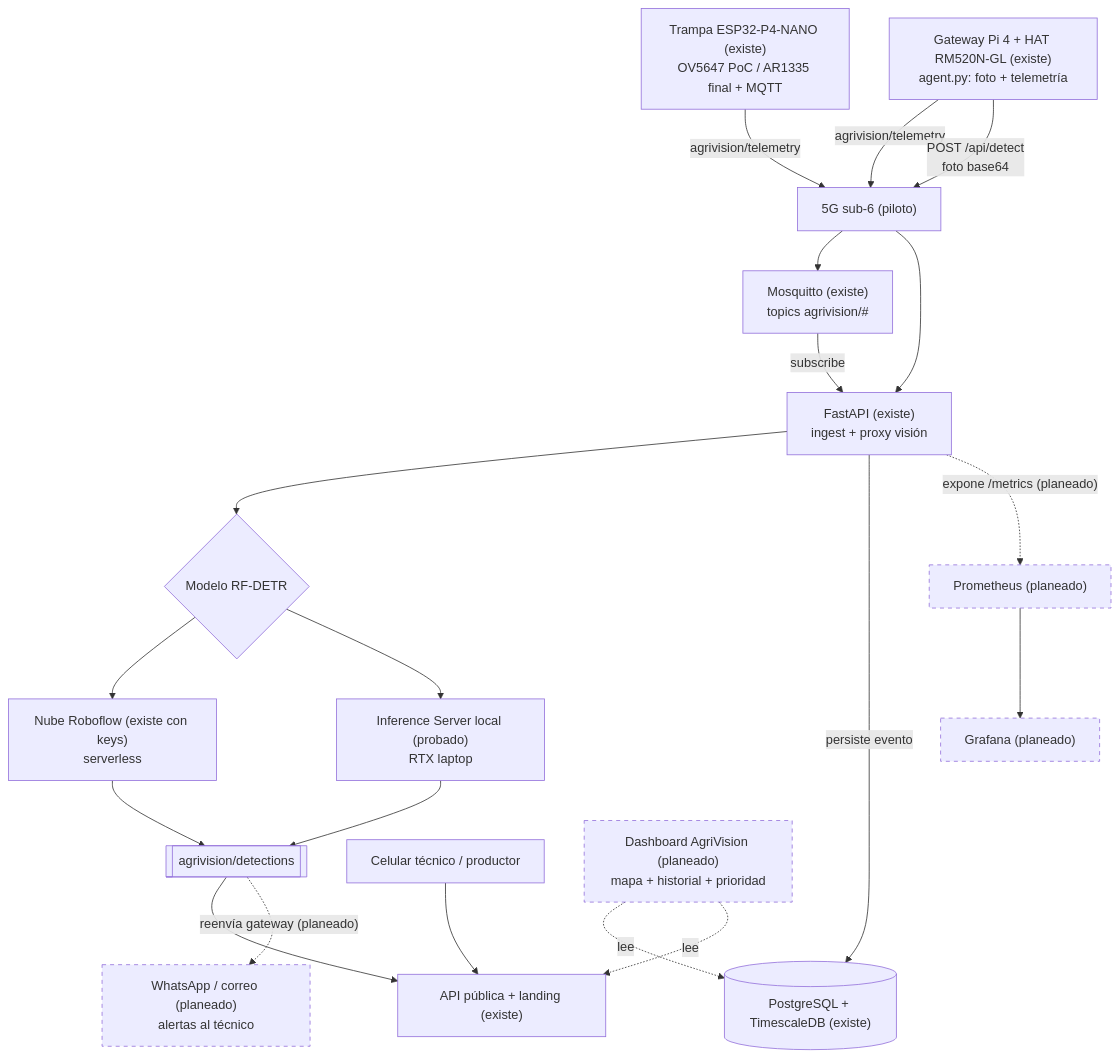
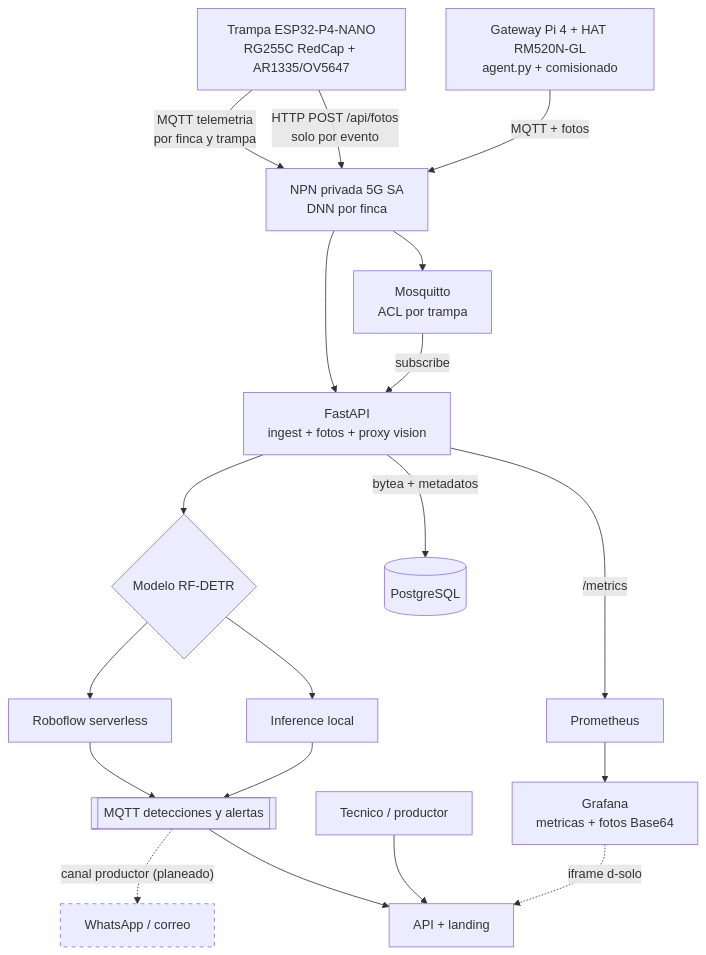
Before and after one commit to vertivolatam/hackathon-5g-2026: the first of 2 diagrams in docs-site/docs/explanation/arquitectura.md, drawn with Mermaid. The commit also changed other lines of this file and 13 other files, not shown here.

First line of the commit message:
feat(fotos): pipeline trampa-HTTP-Postgres-Grafana + Timescale + diagramas

````diff
--- a/docs-site/docs/explanation/arquitectura.md
+++ b/docs-site/docs/explanation/arquitectura.md
@@ -9,25 +9,24 @@
 ```mermaid
 graph TD
-    T["Trampa ESP32-P4-NANO (existe)<br/>OV5647 PoC / AR1335 final + MQTT"] -->|agrivision/telemetry| N5
-    G["Gateway Pi 4 + HAT RM520N-GL (existe)<br/>agent.py: foto + telemetría"] -->|agrivision/telemetry| N5
-    G -->|POST /api/detect<br/>foto base64| N5
-    N5["5G sub-6 (piloto)"] --> M
-    N5 --> B
-    M["Mosquitto (existe)<br/>topics agrivision/#"] -->|subscribe| B["FastAPI (existe)<br/>ingest + proxy visión"]
+    T["Trampa ESP32-P4-NANO<br/>RG255C RedCap + AR1335/OV5647"] -->|MQTT telemetria<br/>por finca y trampa| NPN
+    T -->|HTTP POST /api/fotos<br/>solo por evento| NPN
+    G["Gateway Pi 4 + HAT RM520N-GL<br/>agent.py + comisionado"] -->|MQTT + fotos| NPN
+    NPN["NPN privada 5G SA<br/>DNN por finca"] --> M
+    NPN --> B
+    M["Mosquitto<br/>ACL por trampa"] -->|subscribe| B["FastAPI<br/>ingest + fotos + proxy vision"]
     B --> S{"Modelo RF-DETR"}
-    S --> C["Nube Roboflow (existe con keys)<br/>serverless"]
-    S --> L["Inference Server local (probado)<br/>RTX laptop"]
-    C --> D[["agrivision/detections"]]
+    S --> C["Roboflow serverless"]
+    S --> L["Inference local"]
+    C --> D[["MQTT detecciones y alertas"]]
     L --> D
-    B -->|persiste evento| P[("PostgreSQL + TimescaleDB (existe)")]
-    B -. expone /metrics (planeado) .-> PR["Prometheus (planeado)"]
-    PR --> GR["Grafana (planeado)"]
-    D --> APIV["API pública + landing (existe)"]
-    D -. reenvía gateway (planeado) .-> WA["WhatsApp / correo (planeado)<br/>alertas al técnico"]
-    CEL["Celular técnico / productor"] --> APIV
-    DASH["Dashboard AgriVision (planeado)<br/>mapa + historial + prioridad"] -. lee .-> P
-    DASH -. lee .-> APIV
+    B -->|bytea + metadatos| P[("PostgreSQL")]
+    B -->|/metrics| PR["Prometheus"]
+    PR --> GR["Grafana<br/>metricas + fotos Base64"]
+    D --> APIV["API + landing"]
+    D -. canal productor (planeado) .-> WA["WhatsApp / correo"]
+    CEL["Tecnico / productor"] --> APIV
+    GR -. iframe d-solo .-> APIV
 
     classDef planeado stroke-dasharray:5 5;
-    class PR,GR,WA,DASH planeado;
+    class WA planeado;
 ```
````
